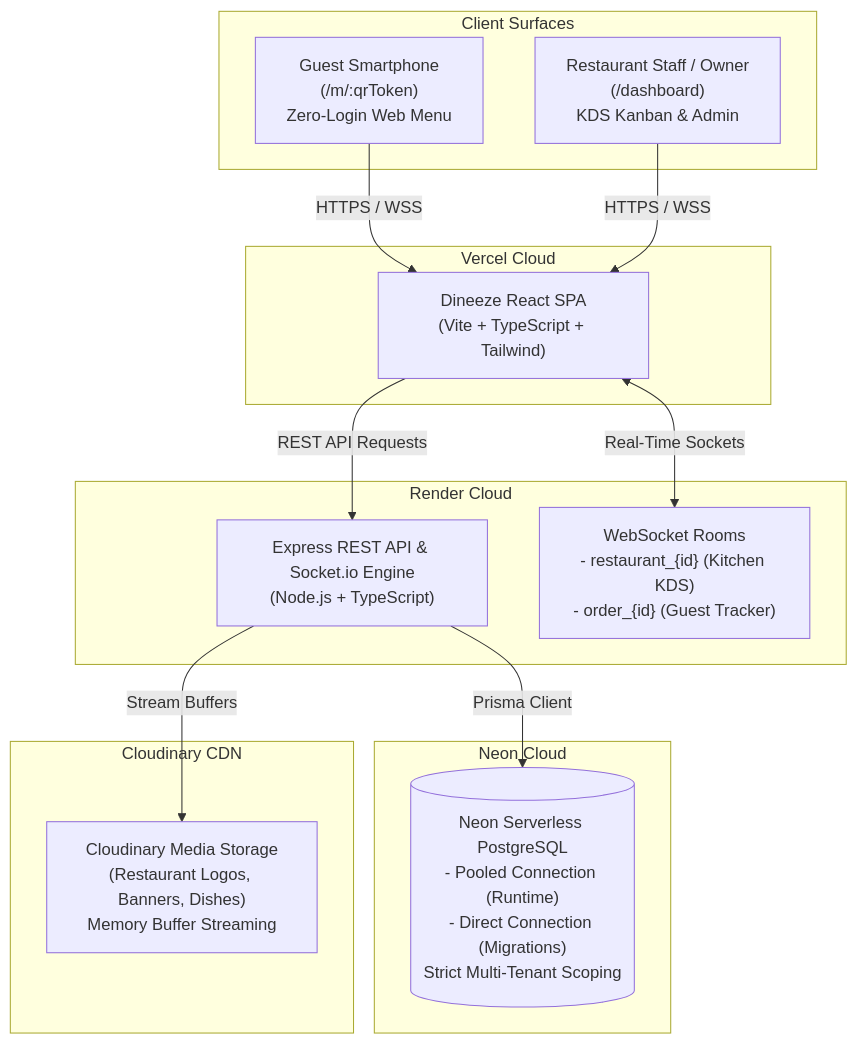
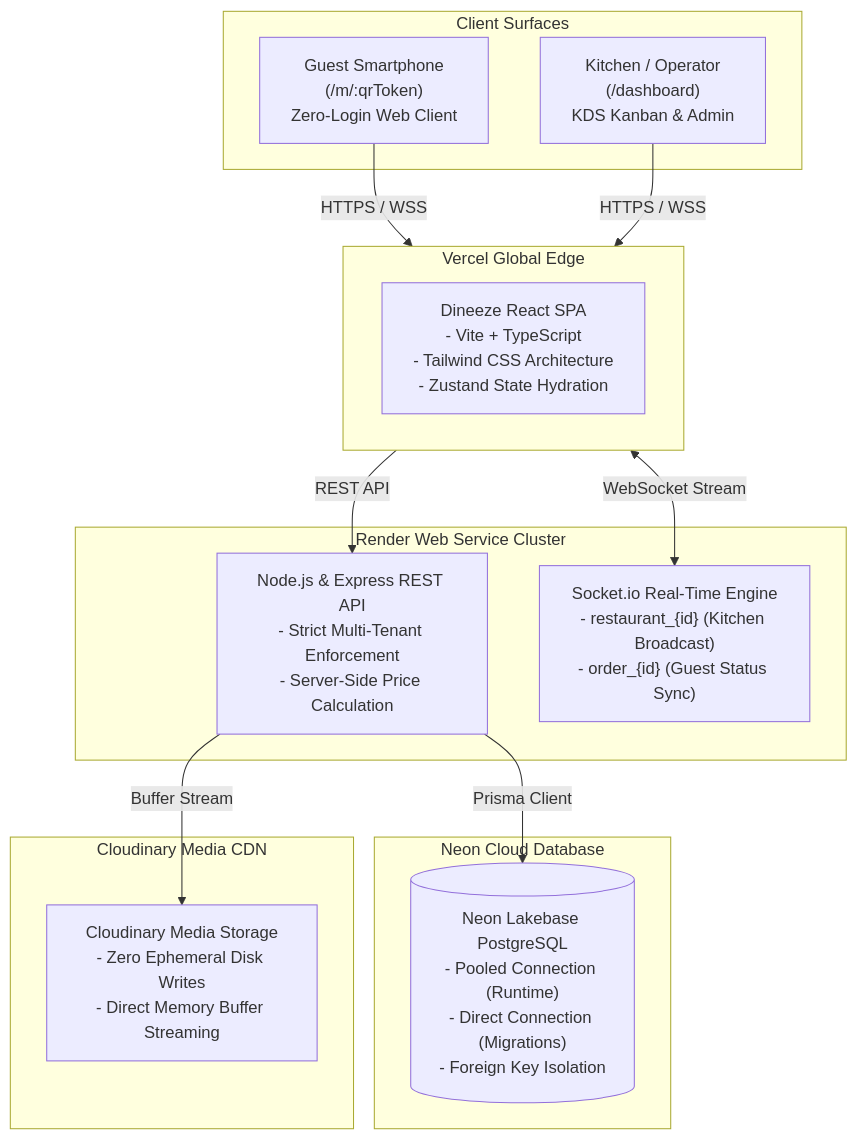
Before and after one commit to yasirraeesit/dineeze: the diagram in README.md, drawn with Mermaid. The commit also changed other lines of this file, not shown here.

Commit message:
docs: position Dineeze as live B2B SaaS platform in README

````diff
--- a/README.md
+++ b/README.md
@@ -75,31 +94,31 @@
 ```mermaid
 flowchart TD
     subgraph Clients["Client Surfaces"]
-        Guest["Guest Smartphone\n(/m/:qrToken)\nZero-Login Web Menu"]
-        Owner["Restaurant Staff / Owner\n(/dashboard)\nKDS Kanban & Admin"]
+        Guest["Guest Smartphone\n(/m/:qrToken)\nZero-Login Web Client"]
+        Staff["Kitchen / Operator\n(/dashboard)\nKDS Kanban & Admin"]
     end
 
-    subgraph Vercel["Vercel Cloud"]
-        Frontend["Dineeze React SPA\n(Vite + TypeScript + Tailwind)"]
+    subgraph Edge["Vercel Global Edge"]
+        Frontend["Dineeze React SPA\n- Vite + TypeScript\n- Tailwind CSS Architecture\n- Zustand State Hydration"]
     end
 
-    subgraph Render["Render Cloud"]
-        Backend["Express REST API & Socket.io Engine\n(Node.js + TypeScript)"]
-        Rooms["WebSocket Rooms\n- restaurant_{id} (Kitchen KDS)\n- order_{id} (Guest Tracker)"]
+    subgraph Core["Render Web Service Cluster"]
+        API["Node.js & Express REST API\n- Strict Multi-Tenant Enforcement\n- Server-Side Price Calculation"]
+        Sockets["Socket.io Real-Time Engine\n- restaurant_{id} (Kitchen Broadcast)\n- order_{id} (Guest Status Sync)"]
     end
 
-    subgraph Neon["Neon Cloud"]
-        Postgres[("Neon Serverless PostgreSQL\n- Pooled Connection (Runtime)\n- Direct Connection (Migrations)\nStrict Multi-Tenant Scoping")]
+    subgraph Data["Neon Cloud Database"]
+        DB[("Neon Lakebase PostgreSQL\n- Pooled Connection (Runtime)\n- Direct Connection (Migrations)\n- Foreign Key Isolation")]
     end
 
-    subgraph Cloudinary["Cloudinary CDN"]
-        Media["Cloudinary Media Storage\n(Restaurant Logos, Banners, Dishes)\nMemory Buffer Streaming"]
+    subgraph Storage["Cloudinary Media CDN"]
+        CDN["Cloudinary Media Storage\n- Zero Ephemeral Disk Writes\n- Direct Memory Buffer Streaming"]
     end
 
-    Guest -->|HTTPS / WSS| Frontend
-    Owner -->|HTTPS / WSS| Frontend
-    Frontend -->|REST API Requests| Backend
-    Frontend <-->|Real-Time Sockets| Rooms
-    Backend -->|Prisma Client| Postgres
-    Backend -->|Stream Buffers| Media
+    Guest -->|HTTPS / WSS| Edge
+    Staff -->|HTTPS / WSS| Edge
+    Edge -->|REST API| API
+    Edge <-->|WebSocket Stream| Sockets
+    API -->|Prisma Client| DB
+    API -->|Buffer Stream| CDN
 ```
````
